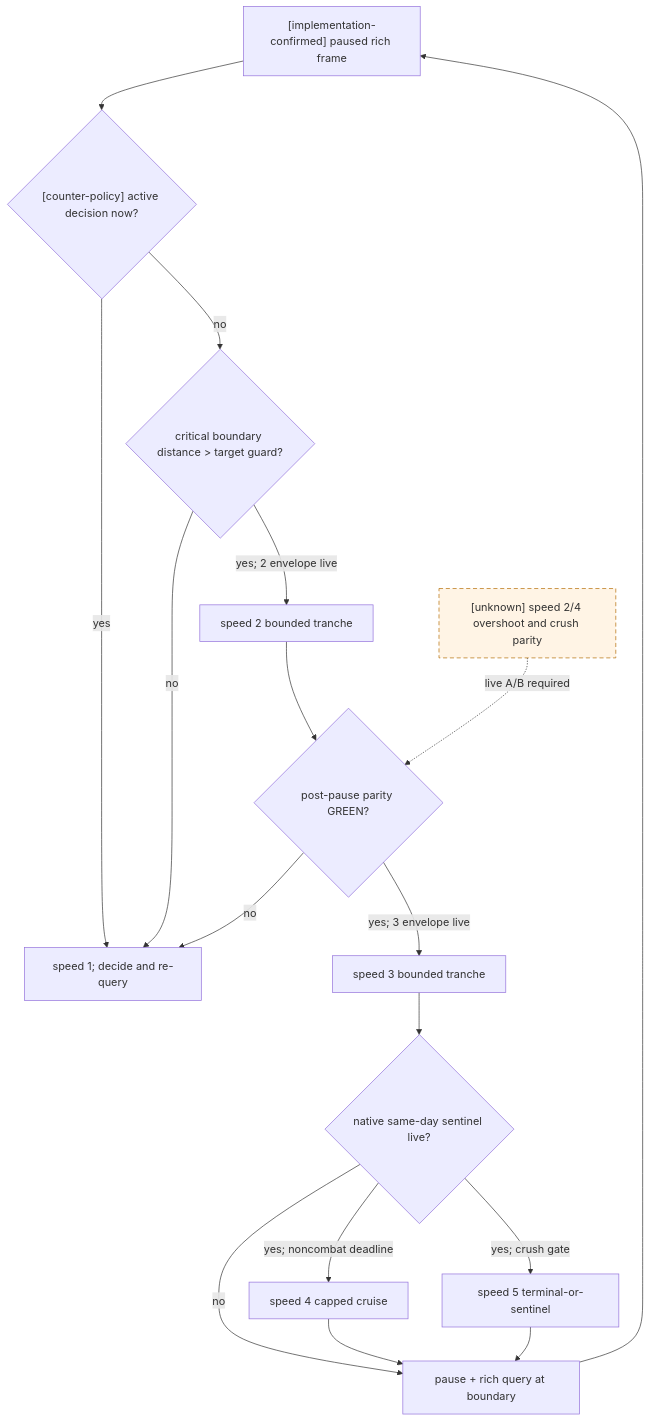
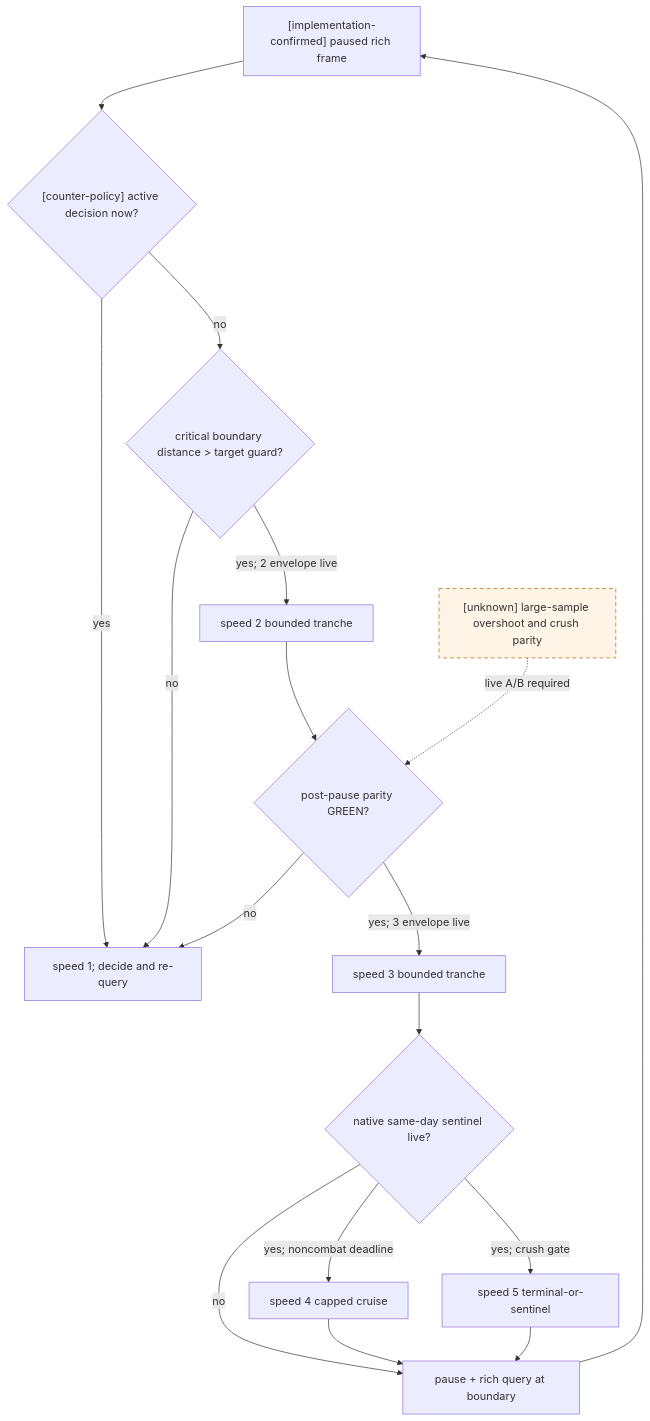
The diagram in docs/ck3-native-ai/battle-speed-control.md (XenoAmess/ck3_eternal_recurrence), drawn with Mermaid before and after one commit. The commit also changed other lines of this file and 13 other files, not shown here.

````diff
--- a/docs/ck3-native-ai/battle-speed-control.md
+++ b/docs/ck3-native-ai/battle-speed-control.md
@@ -159,22 +205,22 @@
 ```mermaid
 flowchart TD
     P["[implementation-confirmed] paused rich frame"] --> B{"[counter-policy] active decision now?"}
     B -->|yes| S1["speed 1; decide and re-query"]
     B -->|no| C{"critical boundary distance > target guard?"}
     C -->|no| S1
     C -->|yes; 2 envelope live| S2["speed 2 bounded tranche"]
     S2 --> G2{"post-pause parity GREEN?"}
     G2 -->|no| S1
     G2 -->|yes; 3 envelope live| S3["speed 3 bounded tranche"]
     S3 --> N{"native same-day sentinel live?"}
     N -->|no| RQ["pause + rich query at boundary"]
     N -->|yes; noncombat deadline| S4["speed 4 capped cruise"]
     N -->|yes; crush gate| S5["speed 5 terminal-or-sentinel"]
     S4 --> RQ
     S5 --> RQ
-    U["[unknown] speed 2/4 overshoot and crush parity"] -. "live A/B required" .-> G2
+    U["[unknown] large-sample overshoot and crush parity"] -. "live A/B required" .-> G2
     RQ --> P
 
     classDef unknown stroke-dasharray: 6 4,fill:#fff4e5,stroke:#b36b00;
     class U unknown;
 ```
````
